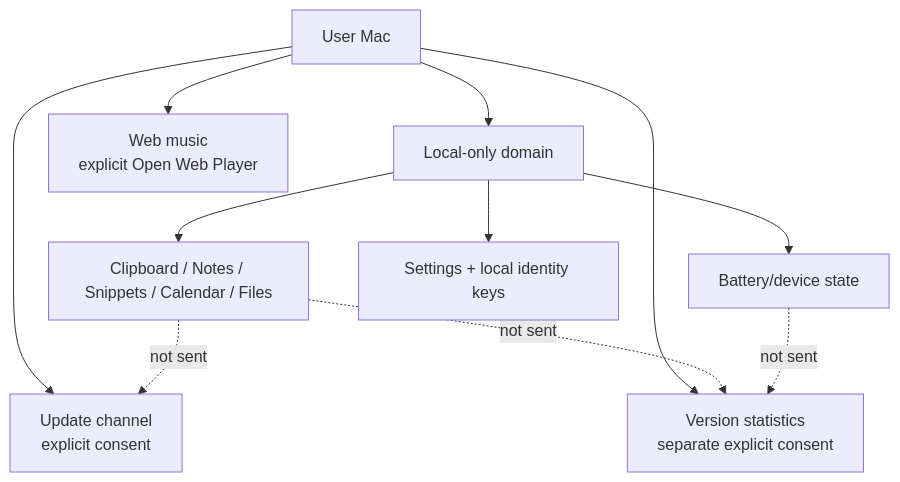
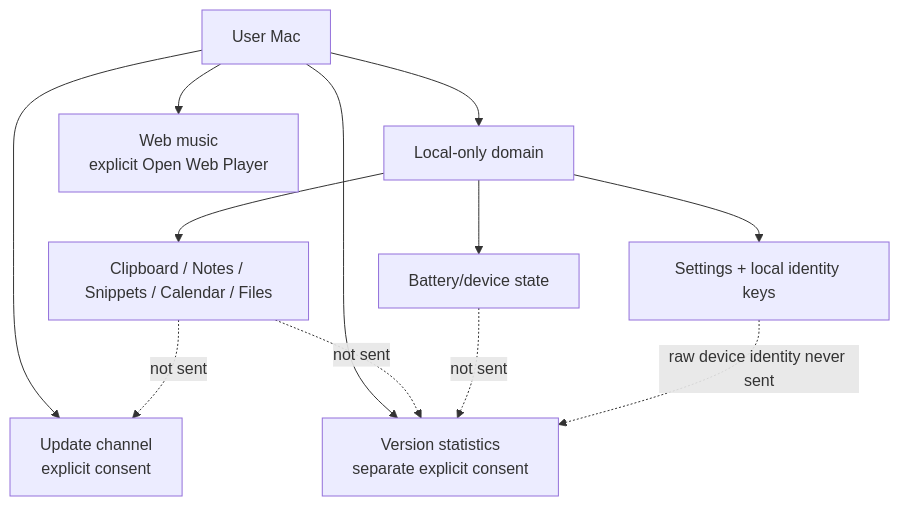
Before and after one commit to TumanovNV/impuls: the diagram in knowledge-base/06-security/privacy-boundaries.md, drawn with Mermaid. The commit also changed other lines of this file, not shown here.

````diff
--- a/knowledge-base/06-security/privacy-boundaries.md
+++ b/knowledge-base/06-security/privacy-boundaries.md
@@ -15,15 +15,16 @@
 ```mermaid
 flowchart TD
     USER[User Mac] --> LOCAL[Local-only domain]
     LOCAL --> CONTENT[Clipboard / Notes / Snippets / Calendar / Files]
     LOCAL --> DEVICE[Battery/device state]
     LOCAL --> PREF[Settings + local identity keys]
 
     USER --> N1[Update channel\nexplicit consent]
     USER --> N2[Web music\nexplicit Open Web Player]
     USER --> N3[Version statistics\nseparate explicit consent]
 
     CONTENT -.not sent.-> N1
     CONTENT -.not sent.-> N3
     DEVICE -.not sent.-> N3
+    PREF -.raw device identity never sent.-> N3
 ```
````
